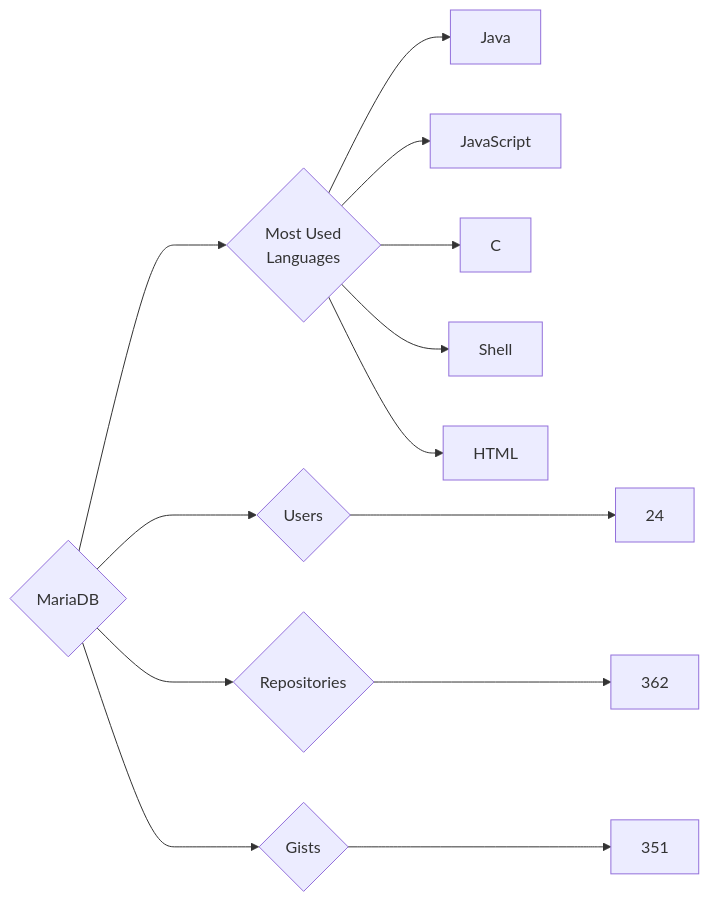
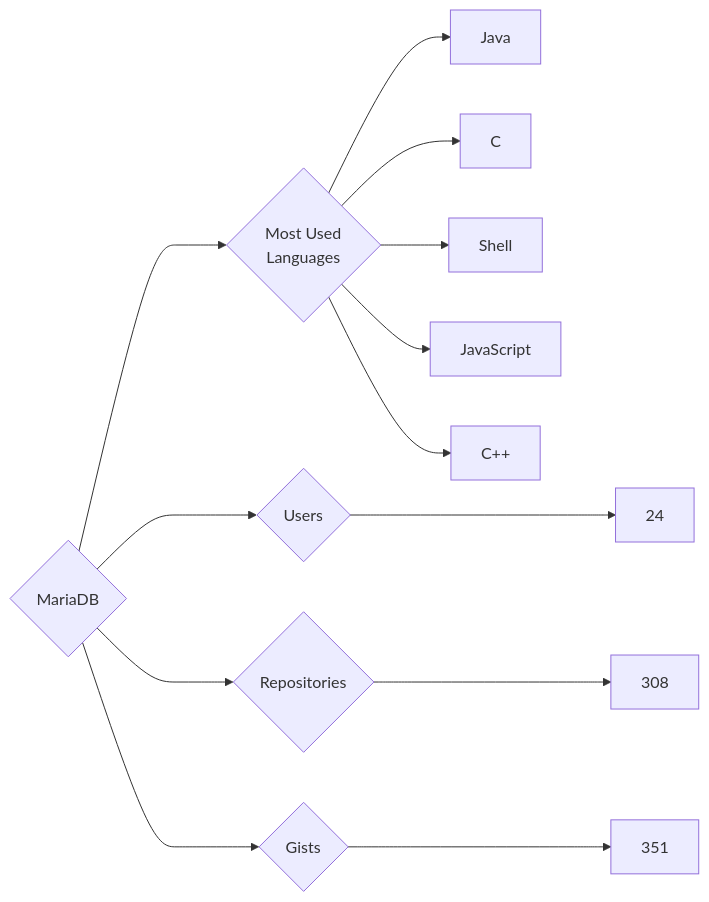
The diagram in targets/MariaDB/README.md (trickest/insiders), drawn with Mermaid before and after one commit. The commit also changed 748 other files, not shown here.

````diff
--- a/targets/MariaDB/README.md
+++ b/targets/MariaDB/README.md
@@ -3,13 +3,13 @@
 ```mermaid
 graph LR
 COMPANY_NAME{MariaDB}
 COMPANY_NAME ---> U{Users} ---> UN[24]
-COMPANY_NAME ---> R{Repositories} ---> RN[362]
+COMPANY_NAME ---> R{Repositories} ---> RN[308]
 COMPANY_NAME ---> G{Gists} ---> GN[351]
 COMPANY_NAME ---> ML{Most Used<br>Languages}
 ML --> Java[Java]
-ML --> JavaScript[JavaScript]
 ML --> C[C]
 ML --> Shell[Shell]
-ML --> HTML[HTML]
+ML --> JavaScript[JavaScript]
+ML --> C++[C++]
 ```
````
